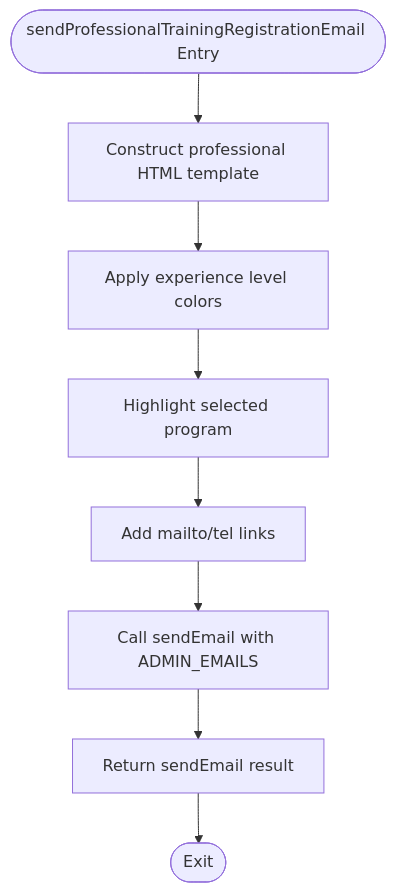
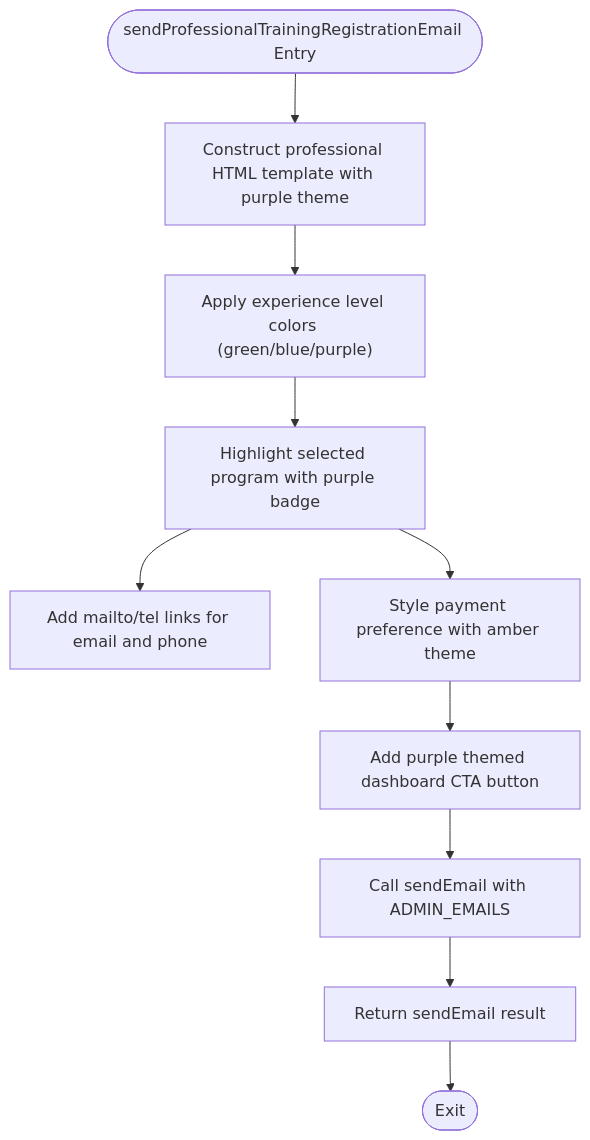
Before and after one commit to Black-box01/rhemaexpertsolutions: the seventh of 9 diagrams in .qoder/repowiki/en/content/Service Layer/Email Service.md, drawn with Mermaid. The commit also changed other lines of this file and 22 other files, not shown here.

First line of the commit message:
feat(professional-trainings): add professional training registration system

````diff
--- a/.qoder/repowiki/en/content/Service Layer/Email Service.md
+++ b/.qoder/repowiki/en/content/Service Layer/Email Service.md
@@ -284,10 +260,12 @@
 ```mermaid
 flowchart TD
-Enter(["sendProfessionalTrainingRegistrationEmail Entry"]) --> BuildHTML["Construct professional HTML template"]
-BuildHTML --> StyleExperience["Apply experience level colors"]
-StyleExperience --> HighlightProgram["Highlight selected program"]
-HighlightProgram --> AddContactLinks["Add mailto/tel links"]
-AddContactLinks --> CallSend["Call sendEmail with ADMIN_EMAILS"]
+Enter(["sendProfessionalTrainingRegistrationEmail Entry"]) --> BuildHTML["Construct professional HTML template with purple theme"]
+BuildHTML --> StyleExperience["Apply experience level colors (green/blue/purple)"]
+StyleExperience --> HighlightProgram["Highlight selected program with purple badge"]
+HighlightProgram --> AddContactLinks["Add mailto/tel links for email and phone"]
+HighlightProgram --> StylePayment["Style payment preference with amber theme"]
+StylePayment --> AddCTA["Add purple themed dashboard CTA button"]
+AddCTA --> CallSend["Call sendEmail with ADMIN_EMAILS"]
 CallSend --> ReturnRes["Return sendEmail result"]
 ReturnRes --> Exit(["Exit"])
 ```
````
